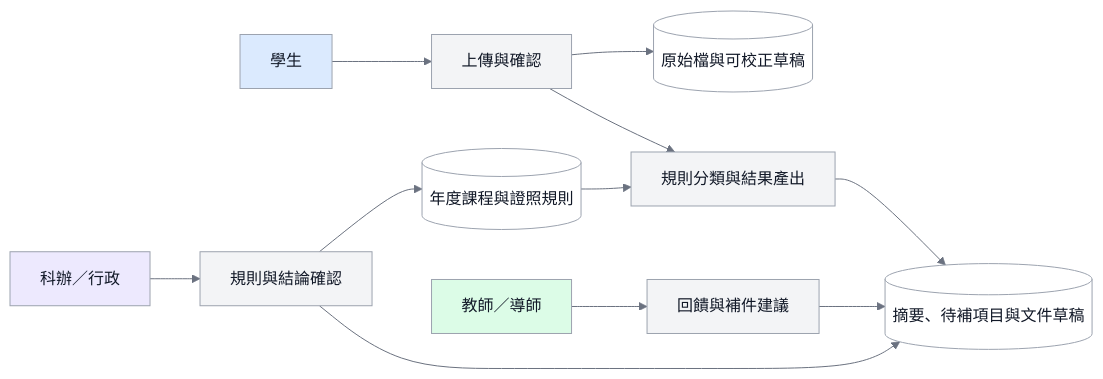
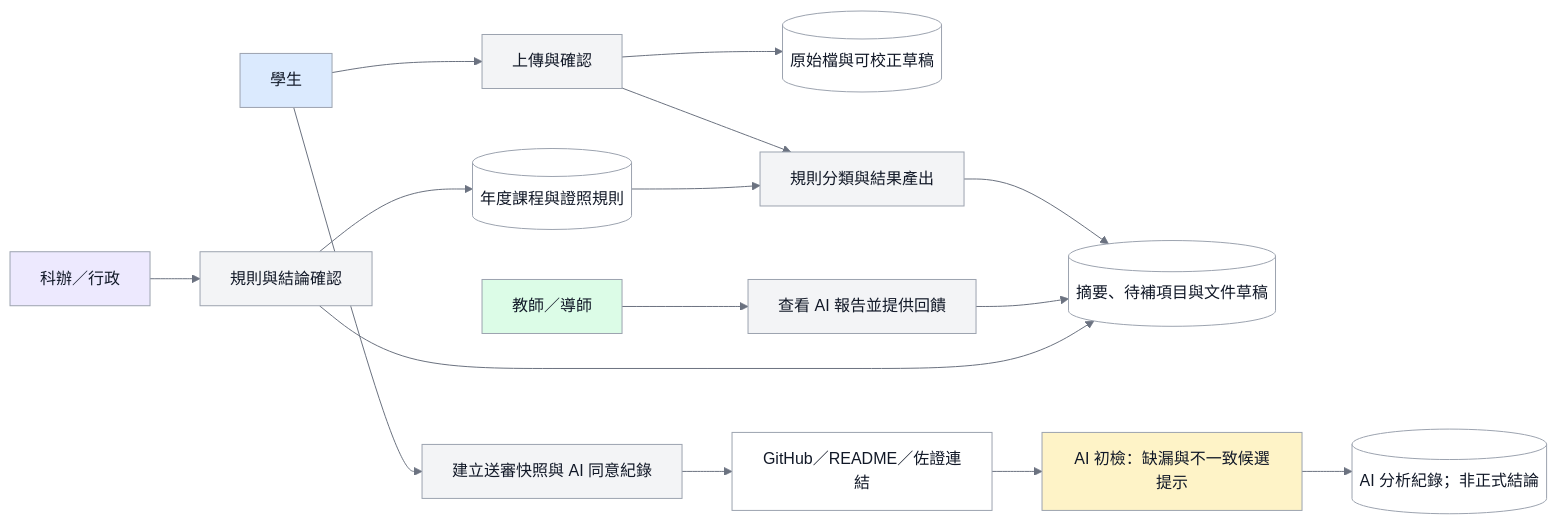
One commit to vujhdcusa/1028 changed the eighth of 9 diagrams in docs/04_圖表與介面/diagrams.md. Above: the diagram before and after it, drawn with Mermaid. The commit also changed other lines of this file and 93 other files, not shown here.

````diff
--- a/docs/04_圖表與介面/diagrams.md
+++ b/docs/04_圖表與介面/diagrams.md
@@ -172,20 +205,25 @@
 ```mermaid
 %%{init: {'theme':'base','themeVariables': {'fontFamily':'Microsoft JhengHei, Noto Sans TC, Arial, sans-serif','primaryColor':'#F3F4F6','primaryTextColor':'#111827','primaryBorderColor':'#9CA3AF','lineColor':'#6B7280','edgeLabelBackground':'#FFFFFF'}}}%%
 flowchart LR
     classDef user fill:#DBEAFE,stroke:#9CA3AF,color:#111827,stroke-width:1px;
     classDef teacher fill:#DCFCE7,stroke:#9CA3AF,color:#111827,stroke-width:1px;
     classDef staff fill:#EDE9FE,stroke:#9CA3AF,color:#111827,stroke-width:1px;
     classDef process fill:#F3F4F6,stroke:#9CA3AF,color:#111827,stroke-width:1px;
     classDef store fill:#FFFFFF,stroke:#9CA3AF,color:#111827,stroke-width:1px;
+    classDef ai fill:#FEF3C7,stroke:#9CA3AF,color:#111827,stroke-width:1px;
 
     Student[學生]:::user --> Upload[上傳與確認]:::process
     Upload --> Files[(原始檔與可校正草稿)]:::store
     Upload --> Classify[規則分類與結果產出]:::process
     Rules[(年度課程與證照規則)]:::store --> Classify
     Classify --> Result[(摘要、待補項目與文件草稿)]:::store
-    Teacher[教師／導師]:::teacher --> Feedback[回饋與補件建議]:::process
+    Student[學生]:::user --> Snapshot[建立送審快照與 AI 同意紀錄]:::process
+    Snapshot --> GitHub[GitHub／README／佐證連結]:::store
+    GitHub --> AI[AI 初檢：缺漏與不一致候選提示]:::ai
+    AI --> AIReport[(AI 分析紀錄；非正式結論)]:::store
+    Teacher[教師／導師]:::teacher --> Feedback[查看 AI 報告並提供回饋]:::process
     Feedback --> Result
     Staff[科辦／行政]:::staff --> Confirm[規則與結論確認]:::process
     Confirm --> Rules
     Confirm --> Result
 ```
````
